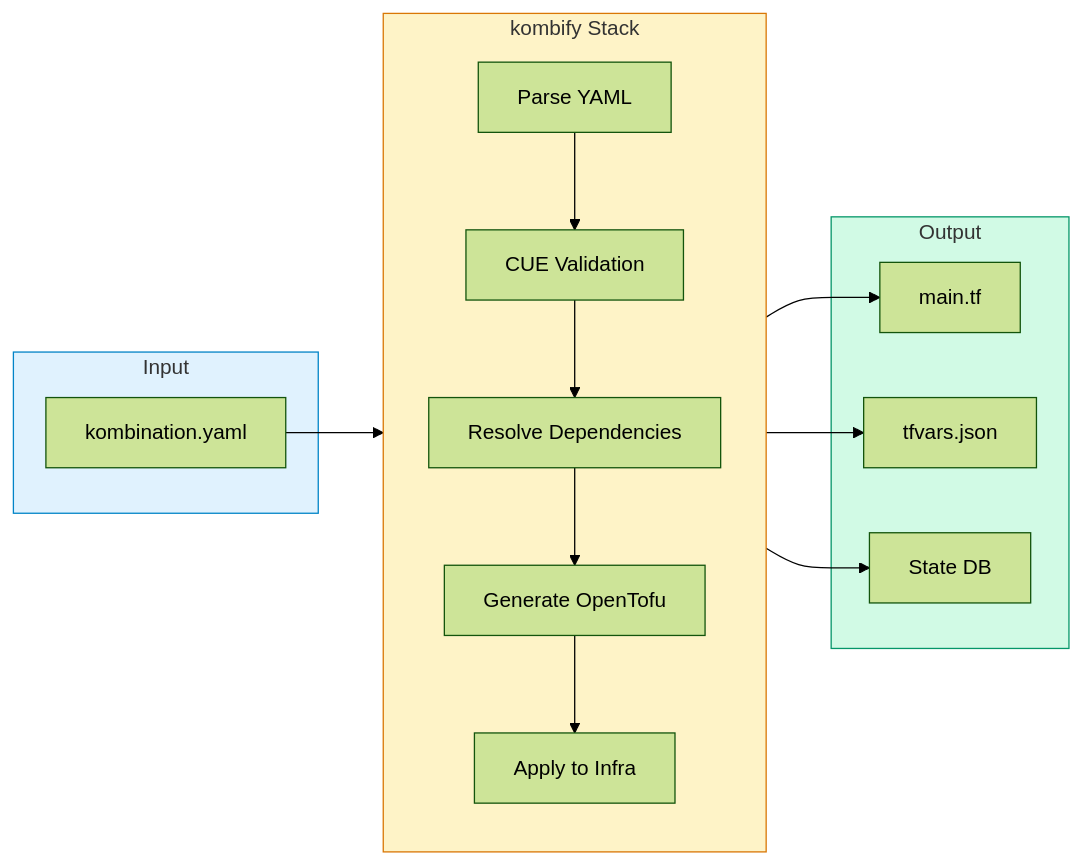
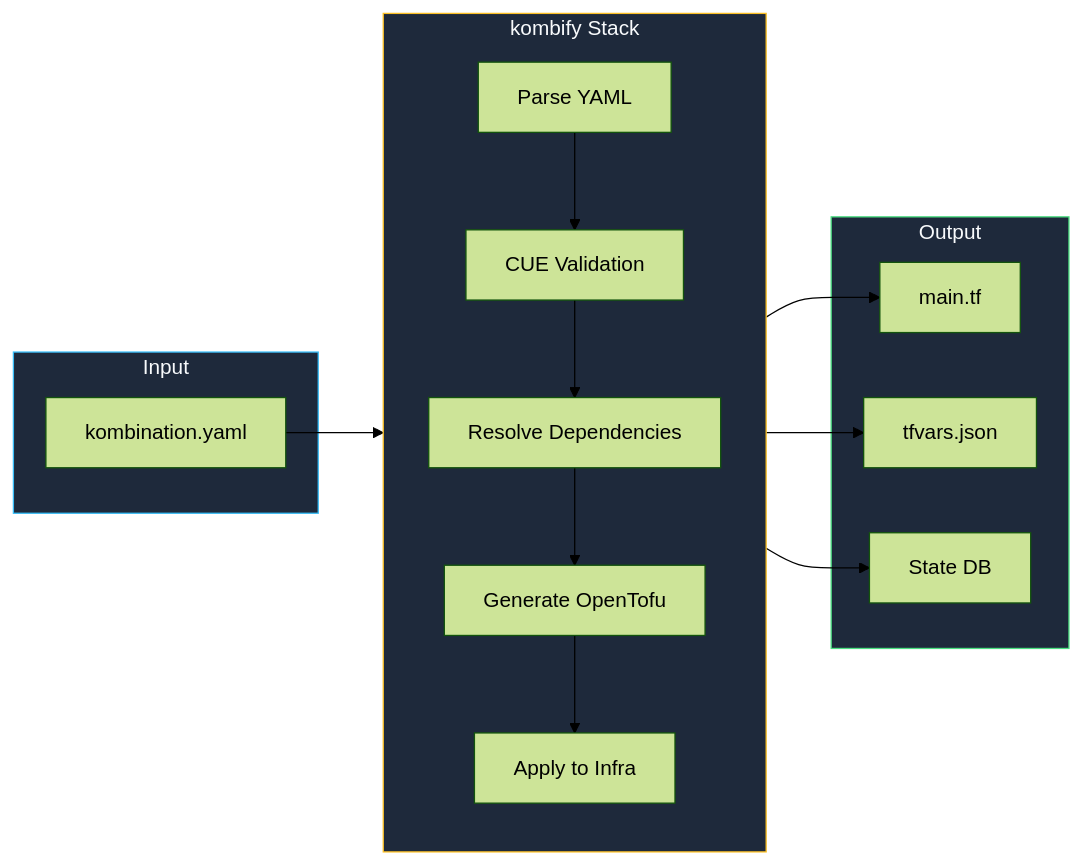
One commit to KombiverseLabs/docs changed the second of 9 diagrams in concepts/architecture.mdx. Above: the diagram before and after it, drawn with Mermaid (forest theme). The commit also changed other lines of this file and 33 other files, not shown here.

````diff
--- a/concepts/architecture.mdx
+++ b/concepts/architecture.mdx
@@ -88,31 +86,31 @@
 ```mermaid
 graph LR
     subgraph Input
         YAML["kombination.yaml"]
     end
 
     subgraph Stack["kombify Stack"]
         direction TB
         Parse["Parse YAML"]
         Validate["CUE Validation"]
         Resolve["Resolve Dependencies"]
         Generate["Generate OpenTofu"]
         Apply["Apply to Infra"]
         
         Parse --> Validate --> Resolve --> Generate --> Apply
     end
 
     subgraph Output
         TF["main.tf"]
         Vars["tfvars.json"]
         State["State DB"]
     end
 
     YAML --> Parse
     Generate --> TF & Vars
     Apply --> State
 
-    style Input fill:#e0f2fe,stroke:#0284c7
-    style Stack fill:#fef3c7,stroke:#d97706
-    style Output fill:#d1fae5,stroke:#059669
+    style Input fill:#1e293b,stroke:#38bdf8,color:#f8fafc
+    style Stack fill:#1e293b,stroke:#fbbf24,color:#f8fafc
+    style Output fill:#1e293b,stroke:#4ade80,color:#f8fafc
 ```
````
